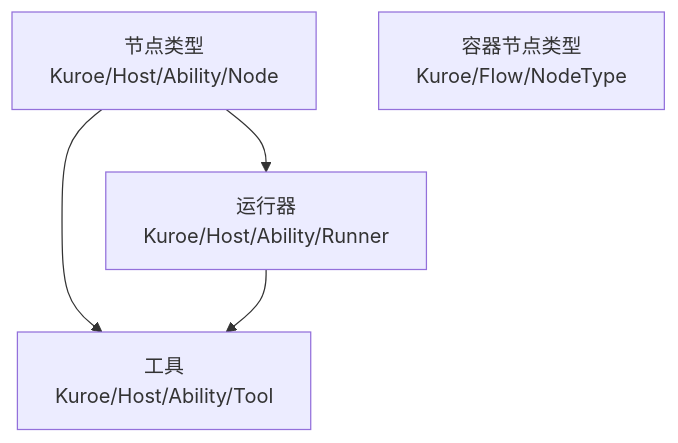
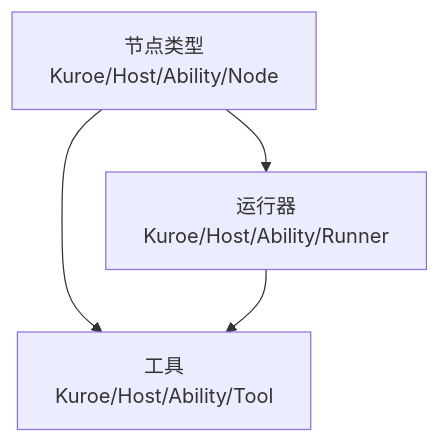
One commit to DrMelt/Kuroe changed the diagram in docs/dev/architecture/functional-boundary/host/ability/index.md. Above: the diagram before and after it, drawn with Mermaid. The commit also changed other lines of this file and 35 other files, not shown here.

Commit message:
容器节点类型从 Flow/NodeType 迁入 Host/Ability/Node

````diff
--- a/docs/dev/architecture/functional-boundary/host/ability/index.md
+++ b/docs/dev/architecture/functional-boundary/host/ability/index.md
@@ -5,10 +5,9 @@
 ```mermaid
 flowchart TD
     NodeTypes["节点类型<br>Kuroe/Host/Ability/Node"]
     Runners["运行器<br>Kuroe/Host/Ability/Runner"]
     ToolDomain["工具<br>Kuroe/Host/Ability/Tool"]
-    Container["容器节点类型<br>Kuroe/Flow/NodeType"]
     NodeTypes --> Runners
     NodeTypes --> ToolDomain
     Runners --> ToolDomain
 ```
````
